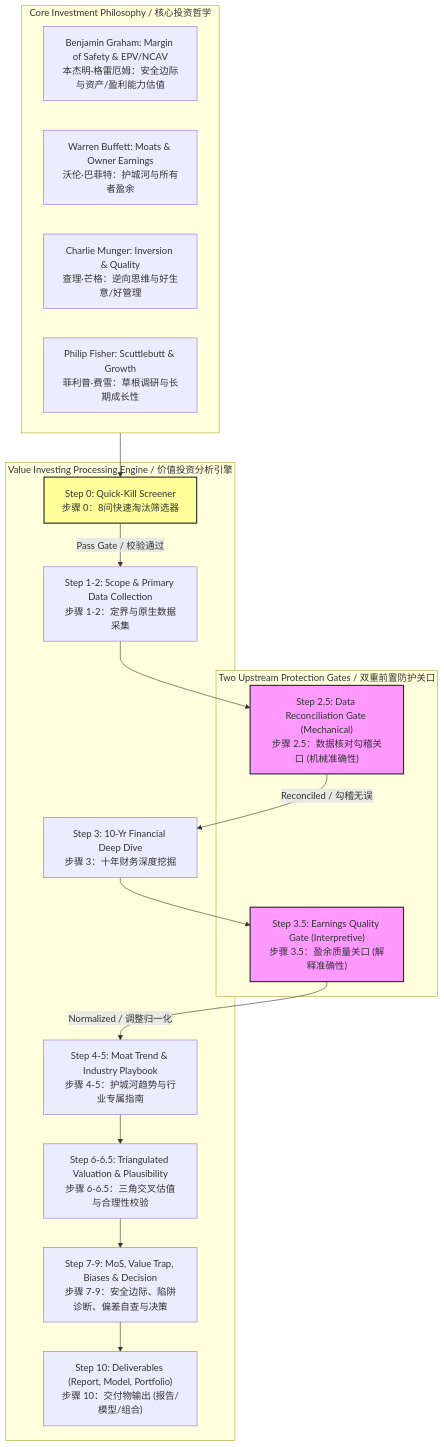
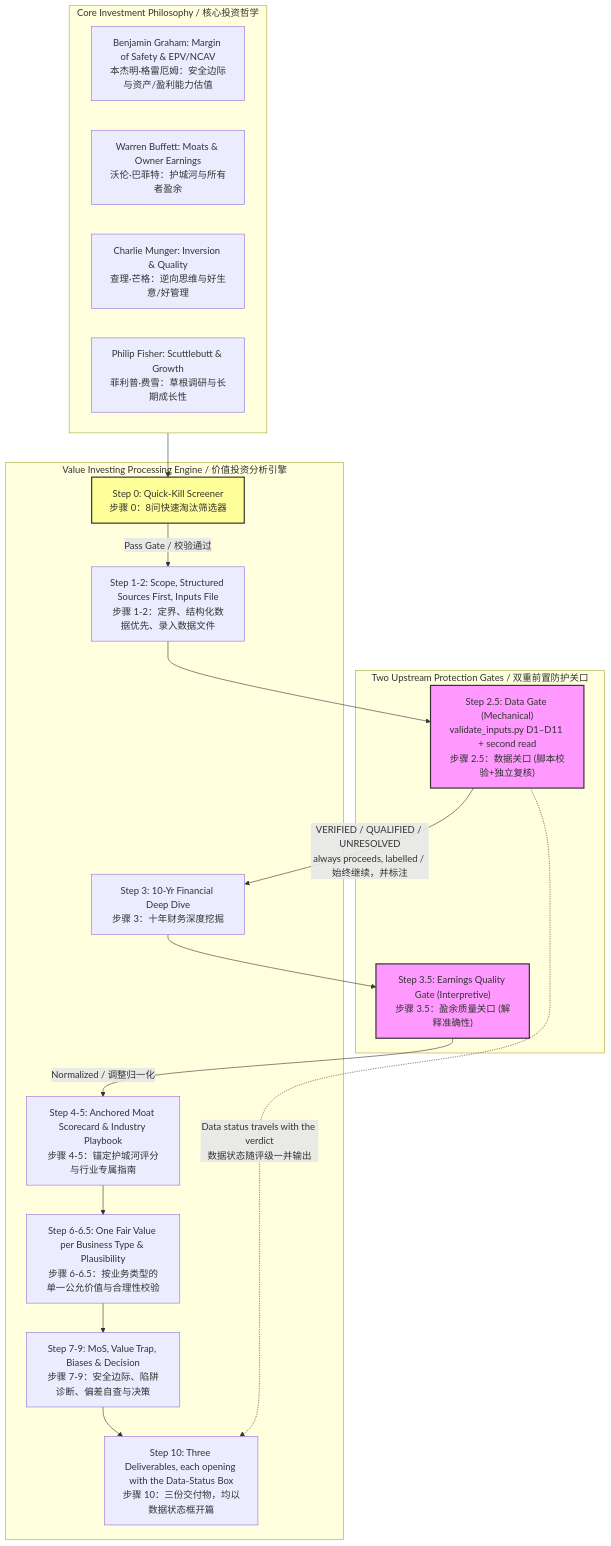
Before and after one commit to mikezhang09-code/value-investment-skills: the first of 9 diagrams in value_investing_skill_mermaid_architecture.md, drawn with Mermaid. The commit also changed other lines of this file and 1 other file, not shown here.

First line of the commit message:
docs: update README and architecture diagrams for the data gate and new valuation method

````diff
--- a/value_investing_skill_mermaid_architecture.md
+++ b/value_investing_skill_mermaid_architecture.md
@@ -16,38 +28,39 @@
 ```mermaid
 flowchart TD
     subgraph Core_Philosophy ["Core Investment Philosophy / 核心投资哲学"]
         P1["Benjamin Graham: Margin of Safety & EPV/NCAV<br>本杰明·格雷厄姆：安全边际与资产/盈利能力估值"]
         P2["Warren Buffett: Moats & Owner Earnings<br>沃伦·巴菲特：护城河与所有者盈余"]
         P3["Charlie Munger: Inversion & Quality<br>查理·芒格：逆向思维与好生意/好管理"]
         P4["Philip Fisher: Scuttlebutt & Growth<br>菲利普·费雪：草根调研与长期成长性"]
     end
 
     subgraph Two_Upstream_Gates ["Two Upstream Protection Gates / 双重前置防护关口"]
-        Gate25["Step 2.5: Data Reconciliation Gate (Mechanical)<br>步骤 2.5：数据核对勾稽关口 (机械准确性)"]
+        Gate25["Step 2.5: Data Gate (Mechanical)<br>validate_inputs.py D1–D11 + second read<br>步骤 2.5：数据关口 (脚本校验+独立复核)"]
         Gate35["Step 3.5: Earnings Quality Gate (Interpretive)<br>步骤 3.5：盈余质量关口 (解释准确性)"]
     end
 
     subgraph Core_Engine ["Value Investing Processing Engine / 价值投资分析引擎"]
         QuickScreen["Step 0: Quick-Kill Screener<br>步骤 0：8问快速淘汰筛选器"]
-        DataCollect["Step 1-2: Scope & Primary Data Collection<br>步骤 1-2：定界与原生数据采集"]
+        DataCollect["Step 1-2: Scope, Structured Sources First, Inputs File<br>步骤 1-2：定界、结构化数据优先、录入数据文件"]
         FinancialDeep["Step 3: 10-Yr Financial Deep Dive<br>步骤 3：十年财务深度挖掘"]
-        MoatIndustry["Step 4-5: Moat Trend & Industry Playbook<br>步骤 4-5：护城河趋势与行业专属指南"]
-        ValuationTri["Step 6-6.5: Triangulated Valuation & Plausibility<br>步骤 6-6.5：三角交叉估值与合理性校验"]
+        MoatIndustry["Step 4-5: Anchored Moat Scorecard & Industry Playbook<br>步骤 4-5：锚定护城河评分与行业专属指南"]
+        ValuationOne["Step 6-6.5: One Fair Value per Business Type & Plausibility<br>步骤 6-6.5：按业务类型的单一公允价值与合理性校验"]
         RiskDecision["Step 7-9: MoS, Value Trap, Biases & Decision<br>步骤 7-9：安全边际、陷阱诊断、偏差自查与决策"]
-        OutputGen["Step 10: Deliverables (Report, Model, Portfolio)<br>步骤 10：交付物输出 (报告/模型/组合)"]
+        OutputGen["Step 10: Three Deliverables, each opening with the Data-Status Box<br>步骤 10：三份交付物，均以数据状态框开篇"]
     end
 
     Core_Philosophy --> QuickScreen
     QuickScreen -->|Pass Gate / 校验通过| DataCollect
     DataCollect --> Gate25
-    Gate25 -->|Reconciled / 勾稽无误| FinancialDeep
+    Gate25 -->|VERIFIED / QUALIFIED / UNRESOLVED<br>always proceeds, labelled / 始终继续，并标注| FinancialDeep
     FinancialDeep --> Gate35
     Gate35 -->|Normalized / 调整归一化| MoatIndustry
-    MoatIndustry --> ValuationTri
-    ValuationTri --> RiskDecision
+    MoatIndustry --> ValuationOne
+    ValuationOne --> RiskDecision
     RiskDecision --> OutputGen
+    Gate25 -.->|Data status travels with the verdict<br>数据状态随评级一并输出| OutputGen
 
     style Gate25 fill:#f9f,stroke:#333,stroke-width:2px
     style Gate35 fill:#f9f,stroke:#333,stroke-width:2px
     style QuickScreen fill:#ff9,stroke:#333,stroke-width:2px
 ```
````
